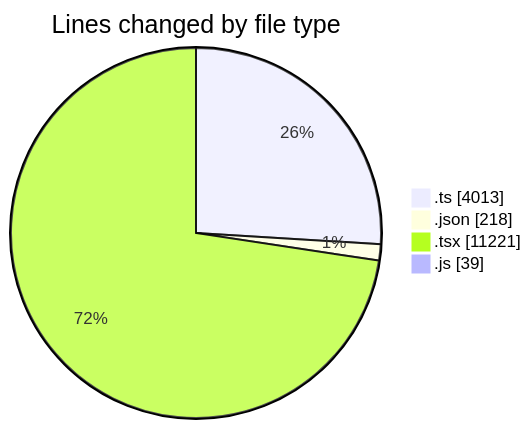
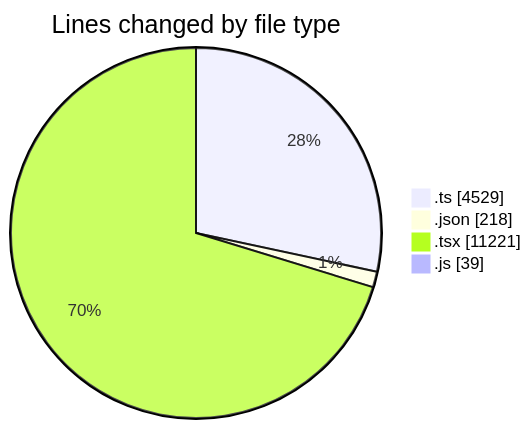
The first of 2 diagrams in 2026-03-16/nxtqube_webapp/README.md (nxtqubesakshisongat/code-tracking), drawn with Mermaid before and after one commit. The commit also changed other lines of this file and 1 other file, not shown here.

````diff
--- a/2026-03-16/nxtqube_webapp/README.md
+++ b/2026-03-16/nxtqube_webapp/README.md
@@ -60,8 +62,8 @@
 ```mermaid
 pie showData
 title Lines changed by file type
-".ts" : 4013
+".ts" : 4529
 ".json" : 218
 ".tsx" : 11221
 ".js" : 39
 ```
````
